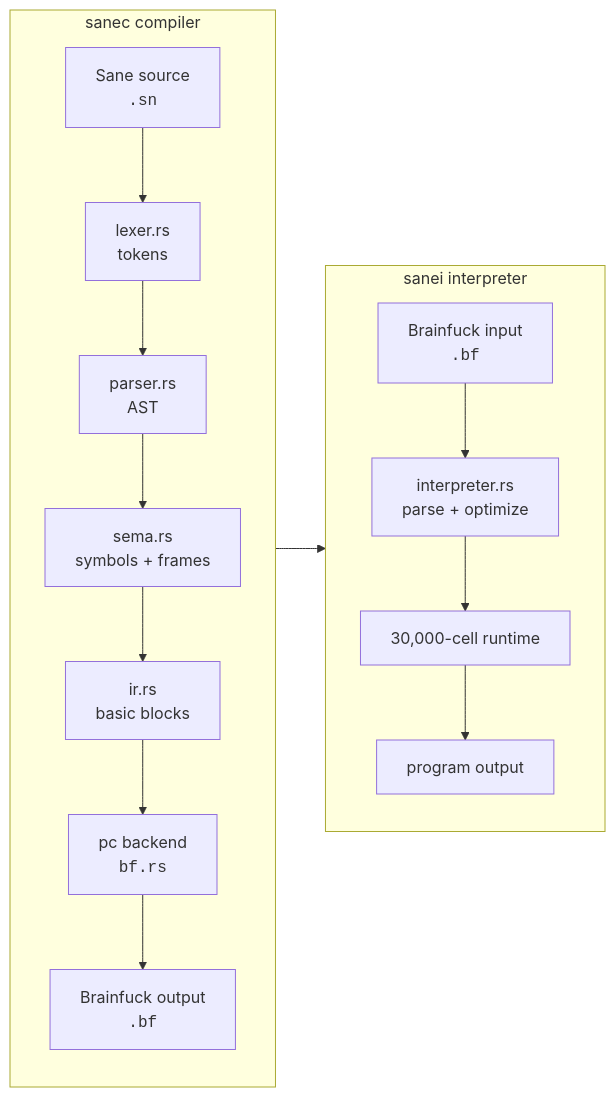
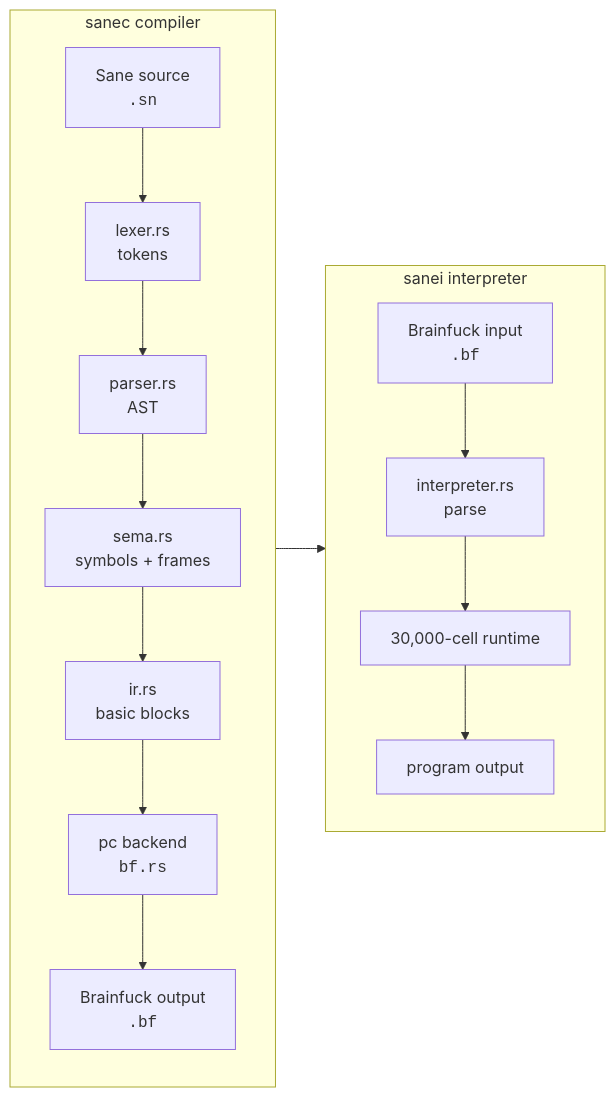
One commit to Eclipsky1337/sane changed the diagram in docs/architecture.md. Above: the diagram before and after it, drawn with Mermaid. The commit also changed other lines of this file and 26 other files, not shown here.

````diff
--- a/docs/architecture.md
+++ b/docs/architecture.md
@@ -8,28 +8,28 @@
 ```mermaid
 flowchart LR
     subgraph compiler["sanec compiler"]
         direction TB
         source["Sane source<br/><code>.sn</code>"]
         lexer["lexer.rs<br/>tokens"]
         parser["parser.rs<br/>AST"]
         sema["sema.rs<br/>symbols + frames"]
         ir["ir.rs<br/>basic blocks"]
         pc["pc backend<br/><code>bf.rs</code>"]
         output["Brainfuck output<br/><code>.bf</code>"]
 
         source --> lexer --> parser --> sema
         sema --> ir --> pc --> output
     end
 
     subgraph runtime["sanei interpreter"]
         direction TB
         input["Brainfuck input<br/><code>.bf</code>"]
-        parse["interpreter.rs<br/>parse + optimize"]
+        parse["interpreter.rs<br/>parse"]
         execute["30,000-cell runtime"]
         result["program output"]
 
         input --> parse --> execute --> result
     end
 
     compiler --> runtime
 ```
````
